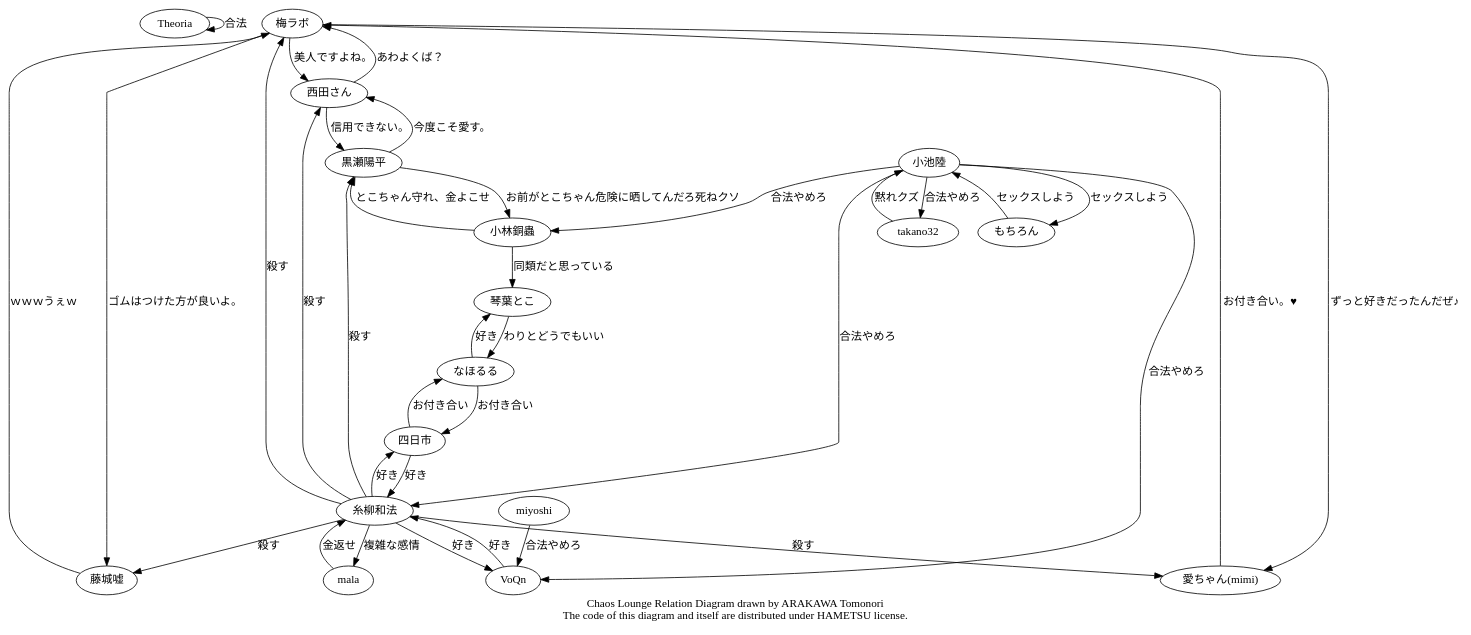
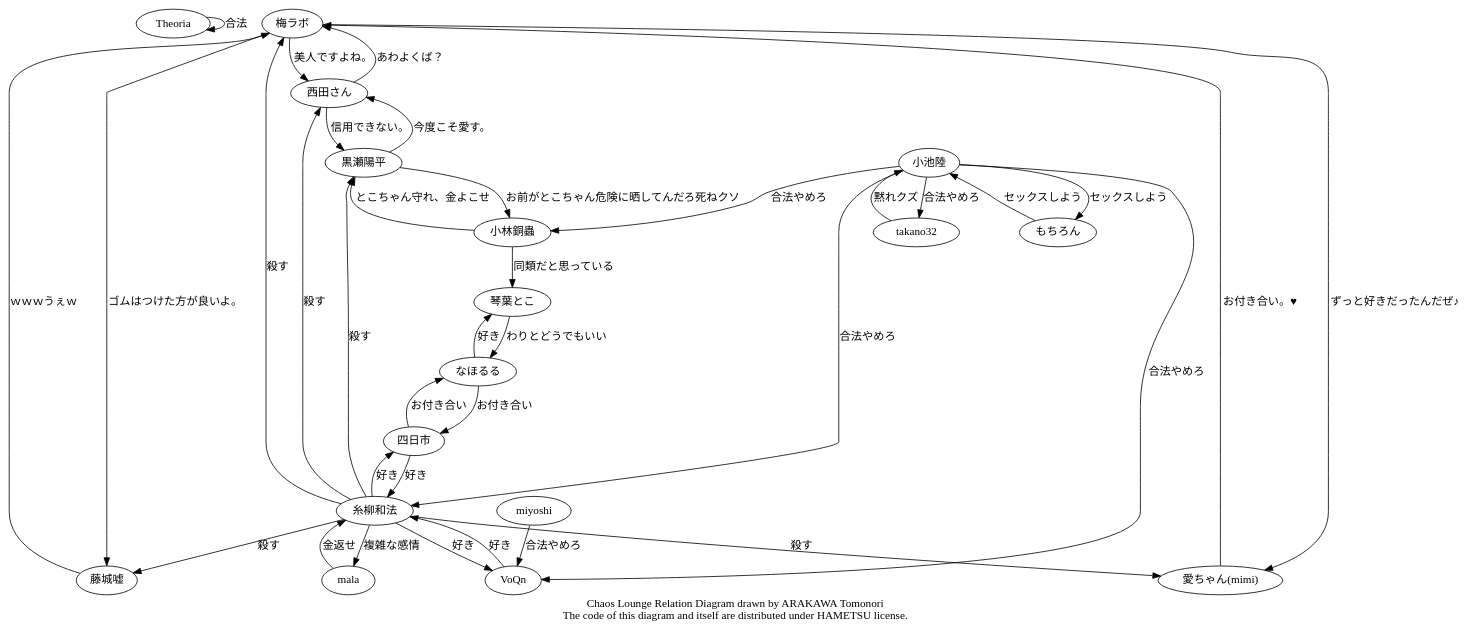
Before and after one commit to takano32/DynamicRelationGraph: the diagram in chaos.dot, drawn with Graphviz.

Commit message:
remove font setting

```diff
--- a/chaos.dot
+++ b/chaos.dot
@@ -1,44 +1,43 @@
 digraph Chaos {
-  node [fontname="MSUIGOTHIC.ttf"];
   Theoria   -> Theoria  [label = "合法"];
   梅ラボ    -> 藤城嘘   [label = "ゴムはつけた方が良いよ。"];
   梅ラボ    -> 西田さん [label = "美人ですよね。"];
   梅ラボ -> "愛ちゃん(mimi)" [label = "ずっと好きだったんだぜ♪"];
   藤城嘘   -> 梅ラボ   [label = "ｗｗｗうぇｗ"];
   西田さん -> 梅ラボ   [label = "あわよくば？"];
   西田さん -> 黒瀬陽平 [label = "信用できない。"];
   黒瀬陽平 -> 西田さん [label = "今度こそ愛す。"];
   黒瀬陽平 -> 小林銅蟲 [label = "お前がとこちゃん危険に晒してんだろ死ねクソ"];
   "愛ちゃん(mimi)" -> 梅ラボ [label = "お付き合い。♥"];
   糸柳和法 -> 梅ラボ  [label = "殺す"];
   糸柳和法 -> 藤城嘘   [label = "殺す"];
   糸柳和法 -> 黒瀬陽平 [label = "殺す"];
   糸柳和法 -> 西田さん [label = "殺す"];
   糸柳和法 -> "愛ちゃん(mimi)" [label = "殺す"];
   糸柳和法 -> 四日市 [label = "好き"];
   糸柳和法 -> VoQn [label = "好き"];
   糸柳和法 -> mala [label = "複雑な感情"];
   mala -> 糸柳和法 [label = "金返せ"];
   小池陸 -> 糸柳和法 [label = "合法やめろ"];
   小池陸 -> takano32 [label = "合法やめろ"];
   小池陸 -> 小林銅蟲 [label = "合法やめろ"];
   小池陸 -> VoQn [label = "合法やめろ"];
   小池陸 -> もちろん [label = "セックスしよう"];
   もちろん -> 小池陸 [label = "セックスしよう"];
   miyoshi -> VoQn [label = "合法やめろ"];
   小林銅蟲 -> 黒瀬陽平 [label = "とこちゃん守れ、金よこせ"];
   小林銅蟲 -> 琴葉とこ [label = "同類だと思っている"];
   takano32 -> 小池陸 [label = "黙れクズ"];
   なほるる -> 琴葉とこ [label = "好き"];
   なほるる -> 四日市 [label = "お付き合い"];
   琴葉とこ -> なほるる [label = "わりとどうでもいい"];
   四日市 -> なほるる [label = "お付き合い"];
   四日市 -> 糸柳和法 [label = "好き"];
   VoQn -> 糸柳和法 [label = "好き"];
   subgraph cluster_hoge {
     style = filled;
     color = lightgrey;
     // see also http://graphviz.org/content/cluster
   }
   label = "Chaos Lounge Relation Diagram drawn by ARAKAWA Tomonori\nThe code of this diagram and itself are distributed under HAMETSU license.";
 }
```
